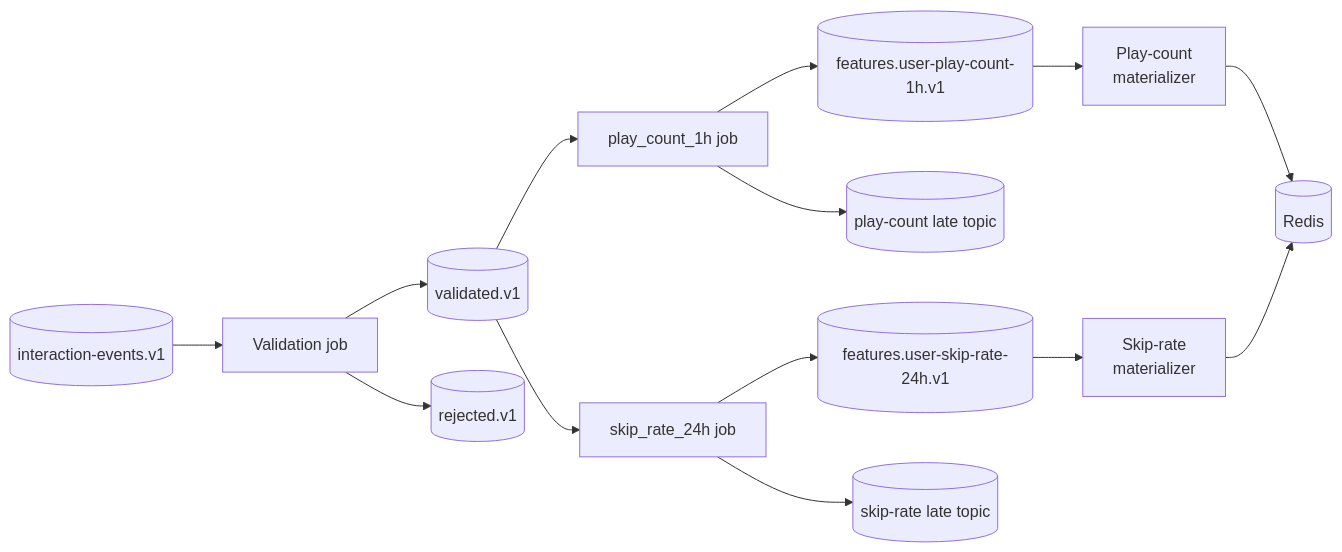
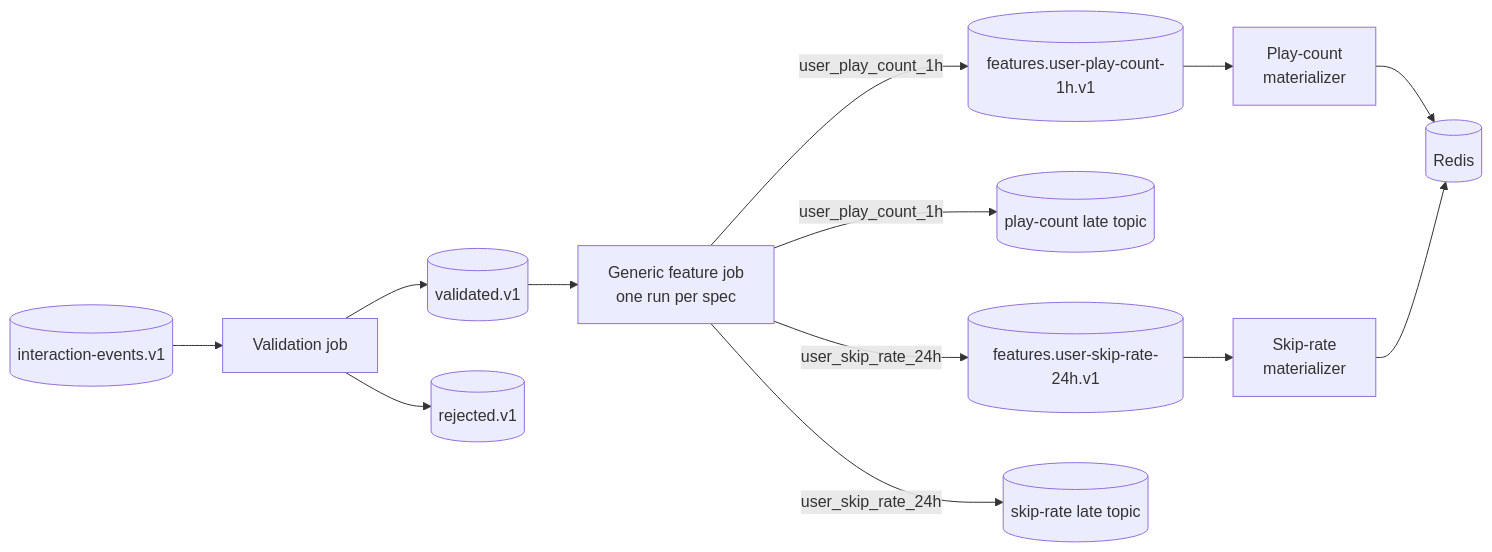
Before and after one commit to oster-dev/featureforge: the third of 8 diagrams in ARCHITECTURE.md, drawn with Mermaid. The commit also changed other lines of this file and 15 other files, not shown here.

````diff
--- a/ARCHITECTURE.md
+++ b/ARCHITECTURE.md
@@ -80,19 +80,18 @@
 ```mermaid
 flowchart LR
     RAW[(interaction-events.v1)] --> V[Validation job]
     V --> OK[(validated.v1)]
     V --> REJ[(rejected.v1)]
 
-    OK --> P[play_count_1h job]
-    OK --> S[skip_rate_24h job]
+    OK --> J[Generic feature job<br/>one run per spec]
 
-    P --> PF[(features.user-play-count-1h.v1)]
-    P --> PL[(play-count late topic)]
-    S --> SF[(features.user-skip-rate-24h.v1)]
-    S --> SL[(skip-rate late topic)]
+    J -->|user_play_count_1h| PF[(features.user-play-count-1h.v1)]
+    J -->|user_play_count_1h| PL[(play-count late topic)]
+    J -->|user_skip_rate_24h| SF[(features.user-skip-rate-24h.v1)]
+    J -->|user_skip_rate_24h| SL[(skip-rate late topic)]
 
     PF --> M1[Play-count<br/>materializer]
     SF --> M2[Skip-rate<br/>materializer]
     M1 --> R[(Redis)]
     M2 --> R
 ```
````
